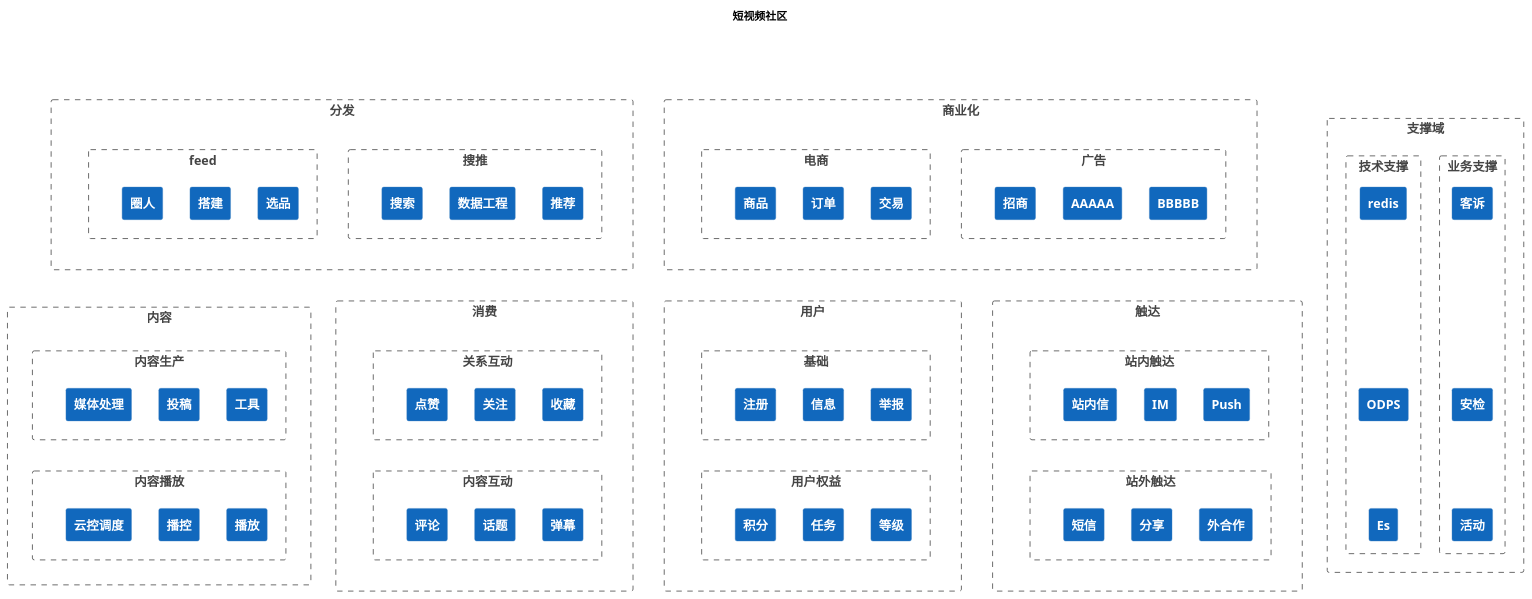
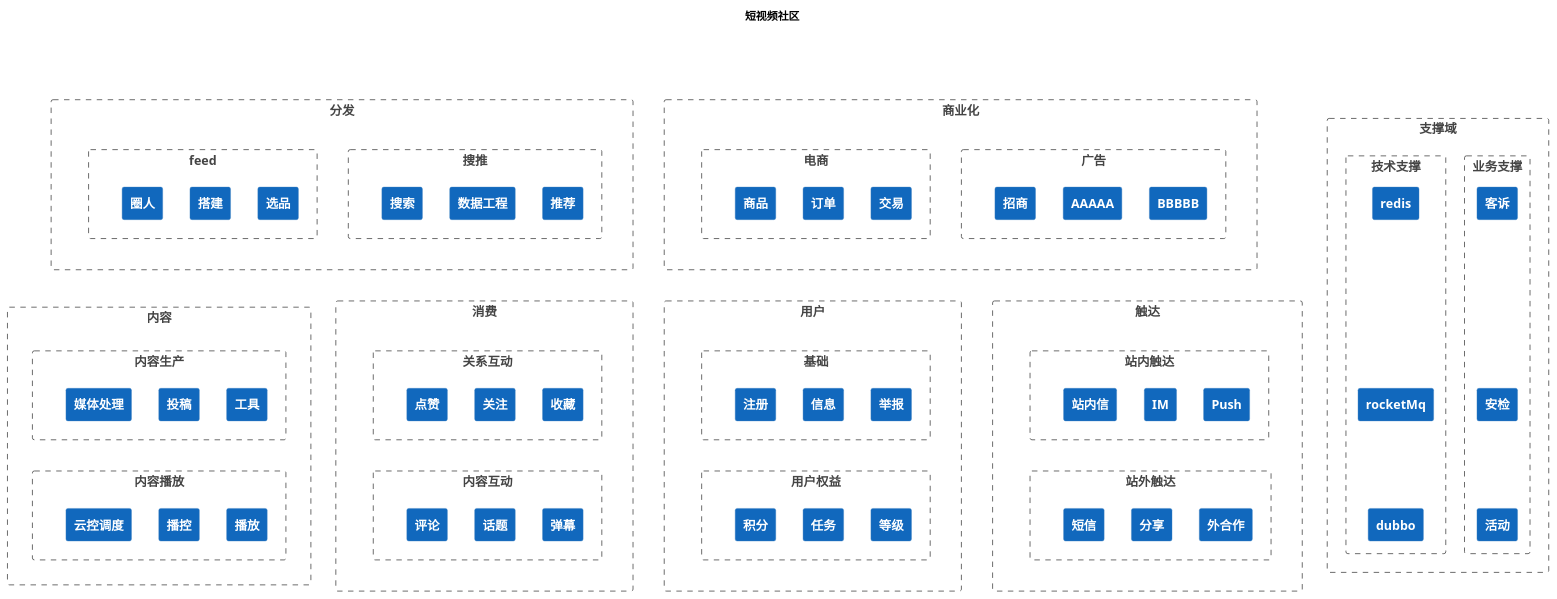
The diagram in puml/system.puml (nxnnxn/community-doc), drawn with PlantUML before and after one commit.

```diff
--- a/puml/system.puml
+++ b/puml/system.puml
@@ -1,166 +1,166 @@
 @startuml
 !include <C4/C4_Context>
 HIDE_STEREOTYPE()
 
 title 短视频社区
 
 Boundary(fenfa,"分发"){
    Boundary(searchAndRec, "搜推"){
      System(search, "搜索")
      System(rec, "推荐")
      System(data, "数据工程")
      Lay_L(data, search)
      Lay_R(data, rec)
   }
 
   Boundary(feed, "feed"){
      System(quanren, "圈人")
      System(xuanpin, "选品")
      System(dajian, "搭建")
      Lay_L(dajian, quanren)
      Lay_R(dajian, xuanpin)
   }
   Lay_R(searchAndRec, feed)
 }
 
 
 Boundary(content,"内容"){
    Boundary(contentProduction, "内容生产"){
      System(media_process, "媒体处理")
      System(post, "投稿")
      System(postTool, "工具")
      Lay_L(post, media_process)
      Lay_R(post, postTool)
   }
 
   Boundary(contentPlay, "内容播放"){
      System(videoTest, "云控调度")
      System(videoPlay, "播放")
      System(videoCon, "播控")
      Lay_L(videoCon, videoTest)
      Lay_R(videoCon, videoPlay)
   }
   Lay_D(contentProduction, contentPlay)
 }
 
 Boundary(interact,"消费"){
    Boundary(relationInteract, "关系互动"){
      System(follow, "关注")
      System(praise, "点赞")
      System(collect, "收藏")
      Lay_L(follow, praise)
      Lay_R(follow, collect)
   }
 
   Boundary(contentInteract, "内容互动"){
      System(comment, "评论")
      System(bullentComment, "弹幕")
      System(topic, "话题")
      Lay_L(topic, comment)
      Lay_R(topic, bullentComment)
   }
   Lay_D(relationInteract, contentInteract)
 }
 
 Boundary(user,"用户"){
    Boundary(base, "基础"){
      System(zhuce, "注册")
      System(userBase, "信息")
      System(jubao, "举报")
      Lay_L(userBase, zhuce)
      Lay_R(userBase, jubao)
   }
 
   Boundary(userRight, "用户权益"){
      System(jifen, "积分")
      System(dengji, "等级")
      System(task, "任务")
      Lay_L(task, jifen)
      Lay_R(task, dengji)
   }
   Lay_D(base, userRight)
 }
 
 
 Boundary(touch,"触达"){
    Boundary(inTouch, "站内触达"){
      System(message, "站内信")
      System(push, "Push")
      System(im, "IM")
      Lay_L(im, message)
      Lay_R(im, push)
   }
 
   Boundary(outTouch, "站外触达"){
      System(share, "分享")
      System(shortMessage, "短信")
      System(out, "外合作")
      Lay_L(share, shortMessage)
      Lay_R(share, out)
   }
   Lay_D(inTouch, outTouch)
 }
 Lay_D(fenfa,contentProduction)
 
 
 
 
 Boundary(shangyehua,"商业化"){
    Boundary(guanggao, "广告"){
      System(zhaoshang, "招商")
      System(a, "AAAAA")
      System(b, "BBBBB")
      Lay_L(a, zhaoshang)
      Lay_R(a, b)
   }
 
   Boundary(ecommerce, "电商"){
      System(goods, "商品")
      System(order, "订单")
      System(trade, "交易")
      Lay_L(order, goods)
      Lay_R(order, trade)
   }
   Lay_R(guanggao, ecommerce)
 }
 
 
 Lay_R(fenfa,shangyehua)
 
 Lay_D(fenfa,contentProduction)
 Lay_D(fenfa,interact)
 Lay_D(fenfa,user)
 Lay_D(fenfa,touch)
 
 
 Lay_D(shangyehua,contentProduction)
 Lay_D(shangyehua,interact)
 Lay_D(shangyehua,user)
 Lay_D(shangyehua,touch)
 
 Boundary(support,"支撑域"){
    Boundary(businessSupport, "业务支撑"){
        System(audit, "安检")
        System(keshu, "客诉")
        System(huodong, "活动")
        Lay_U(audit, keshu)
        Lay_D(audit, huodong)
      }
 
    Boundary(tecSupport, "技术支撑"){
         System(redis, "redis")
-        System(odps, "ODPS")
-        System(es, "Es")
-        Lay_D(redis, odps)
-        Lay_D(odps, es)
+        System(rocketMq, "rocketMq")
+        System(dubbo, "dubbo")
+        Lay_D(redis, rocketMq)
+        Lay_D(rocketMq, dubbo)
     }
 }
 
 
 
 
 
 
 
 
 @enduml
```
